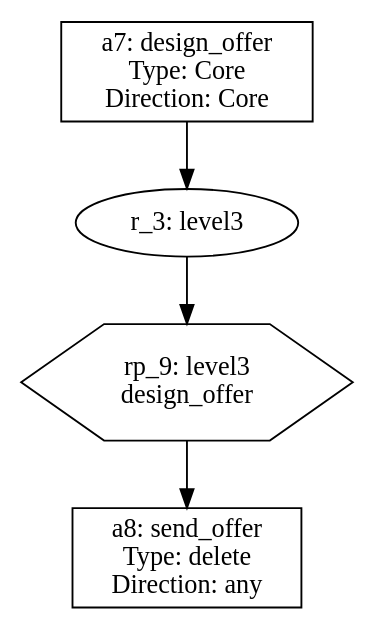
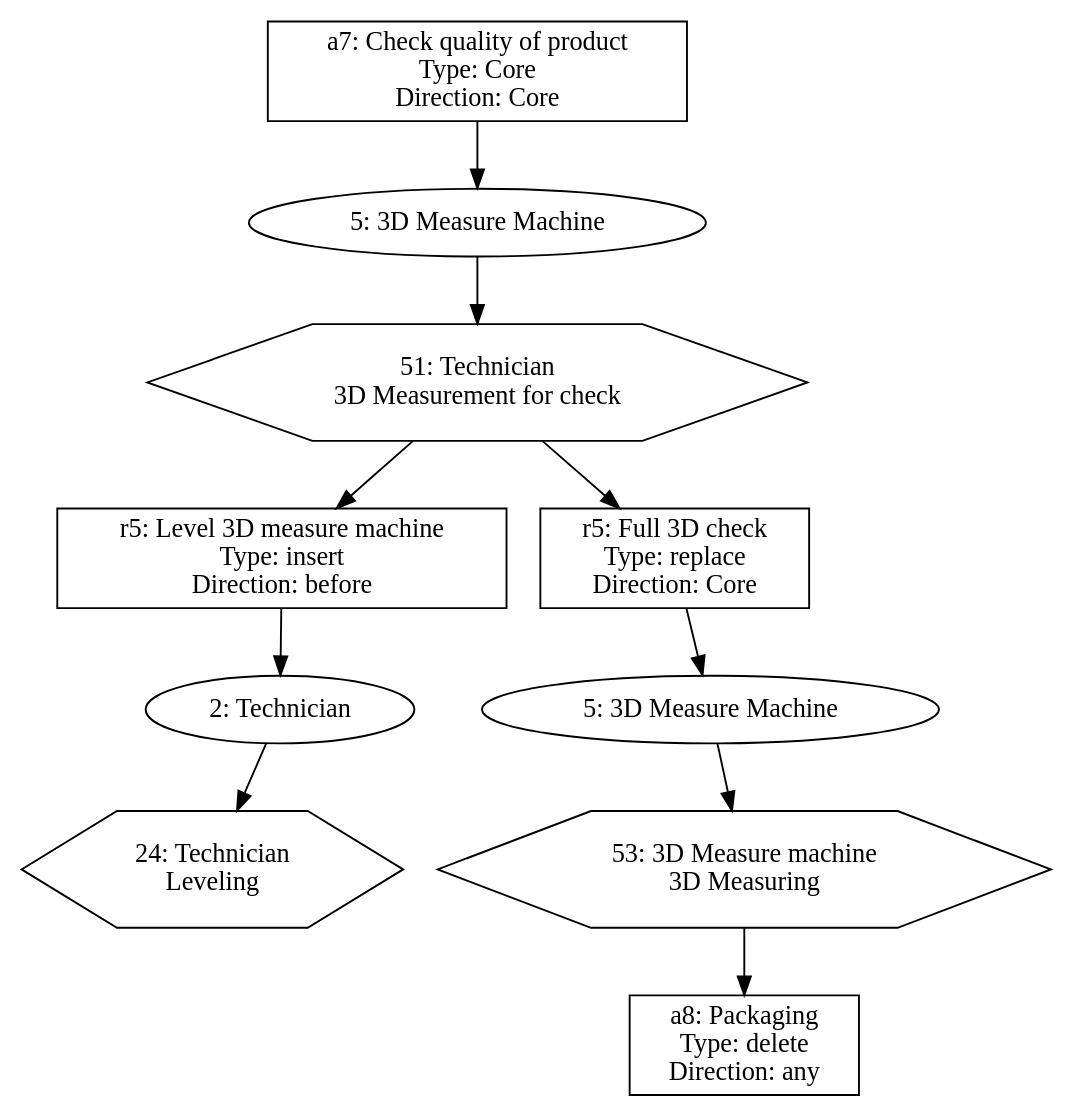
The diagram in tree_allocation/tree/tmp/call_tree.dot (Schlixmann/RA-RPST-Allocation), drawn with Graphviz before and after one commit. The commit also changed 14 other files, not shown here.

```diff
--- a/tree_allocation/tree/tmp/call_tree.dot
+++ b/tree_allocation/tree/tmp/call_tree.dot
@@ -1,14 +1,32 @@
 digraph CallTree {
-	"469ebbdc-b726-11ee-b803-04cf4b795879" [label = "a7: design_offer 
+	"fc9cdb4a-b775-11ee-a71b-04cf4b795879" [label = "a7: Check quality of product 
  Type: Core 
  Direction: Core" shape=rectangle]	; 
-	"469eca46-b726-11ee-b803-04cf4b795879" [label = "r_3: level3"]	; 
-	"469ebbdc-b726-11ee-b803-04cf4b795879" -> "469eca46-b726-11ee-b803-04cf4b795879"	 ;
-	"469ed0fe-b726-11ee-b803-04cf4b795879" [label = "rp_9: level3 
- design_offer" shape=polygon sides=6]	; 
-	"469eca46-b726-11ee-b803-04cf4b795879" -> "469ed0fe-b726-11ee-b803-04cf4b795879"	 ;
-	"469ed5b8-b726-11ee-b803-04cf4b795879" [label = "a8: send_offer 
+	"fc9ce55e-b775-11ee-a71b-04cf4b795879" [label = "5: 3D Measure Machine"]	; 
+	"fc9cdb4a-b775-11ee-a71b-04cf4b795879" -> "fc9ce55e-b775-11ee-a71b-04cf4b795879"	 ;
+	"fc9ce81a-b775-11ee-a71b-04cf4b795879" [label = "51: Technician 
+ 3D Measurement for check" shape=polygon sides=6]	; 
+	"fc9ce55e-b775-11ee-a71b-04cf4b795879" -> "fc9ce81a-b775-11ee-a71b-04cf4b795879"	 ;
+	"fc9ce9a0-b775-11ee-a71b-04cf4b795879" [label = "r5: Level 3D measure machine 
+ Type: insert 
+ Direction: before" shape=rectangle]	; 
+	"fc9ce81a-b775-11ee-a71b-04cf4b795879" -> "fc9ce9a0-b775-11ee-a71b-04cf4b795879"	 ;
+	"fc9ceca2-b775-11ee-a71b-04cf4b795879" [label = "2: Technician"]	; 
+	"fc9ce9a0-b775-11ee-a71b-04cf4b795879" -> "fc9ceca2-b775-11ee-a71b-04cf4b795879"	 ;
+	"fc9cf256-b775-11ee-a71b-04cf4b795879" [label = "24: Technician 
+ Leveling" shape=polygon sides=6]	; 
+	"fc9ceca2-b775-11ee-a71b-04cf4b795879" -> "fc9cf256-b775-11ee-a71b-04cf4b795879"	 ;
+	"fc9cf5da-b775-11ee-a71b-04cf4b795879" [label = "r5: Full 3D check 
+ Type: replace 
+ Direction: Core" shape=rectangle]	; 
+	"fc9ce81a-b775-11ee-a71b-04cf4b795879" -> "fc9cf5da-b775-11ee-a71b-04cf4b795879"	 ;
+	"fc9cfbe8-b775-11ee-a71b-04cf4b795879" [label = "5: 3D Measure Machine"]	; 
+	"fc9cf5da-b775-11ee-a71b-04cf4b795879" -> "fc9cfbe8-b775-11ee-a71b-04cf4b795879"	 ;
+	"fc9d0052-b775-11ee-a71b-04cf4b795879" [label = "53: 3D Measure machine 
+ 3D Measuring" shape=polygon sides=6]	; 
+	"fc9cfbe8-b775-11ee-a71b-04cf4b795879" -> "fc9d0052-b775-11ee-a71b-04cf4b795879"	 ;
+	"fc9d02be-b775-11ee-a71b-04cf4b795879" [label = "a8: Packaging 
  Type: delete 
  Direction: any" shape=rectangle]	; 
-	"469ed0fe-b726-11ee-b803-04cf4b795879" -> "469ed5b8-b726-11ee-b803-04cf4b795879"	 ;
+	"fc9d0052-b775-11ee-a71b-04cf4b795879" -> "fc9d02be-b775-11ee-a71b-04cf4b795879"	 ;
 }
```
